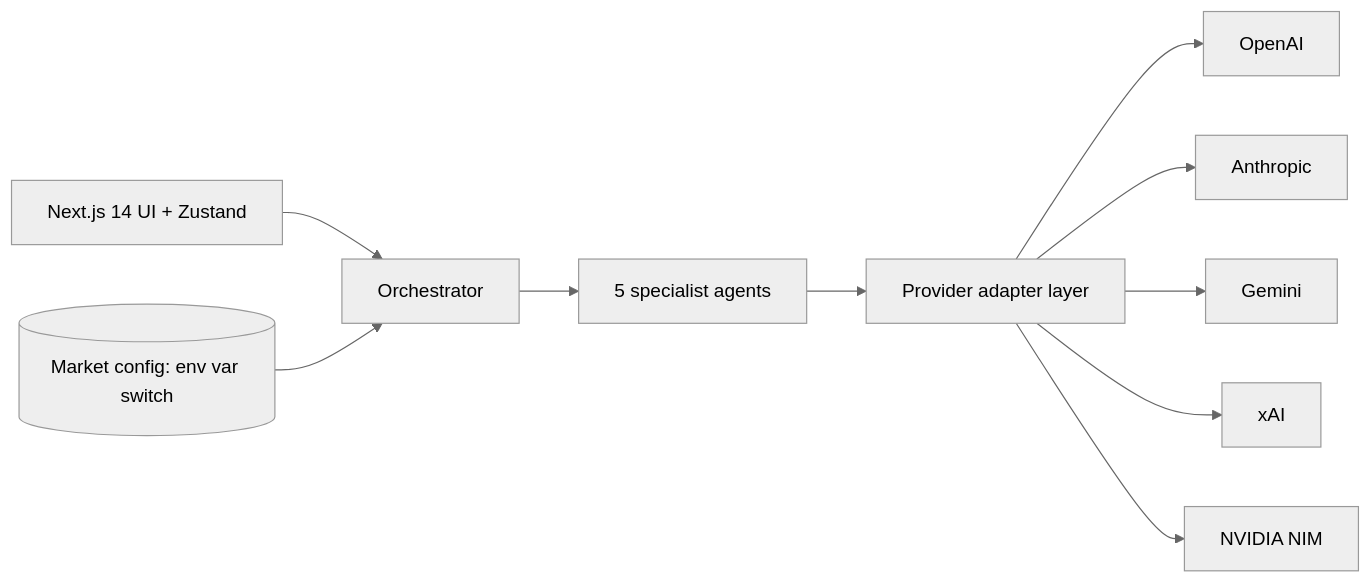
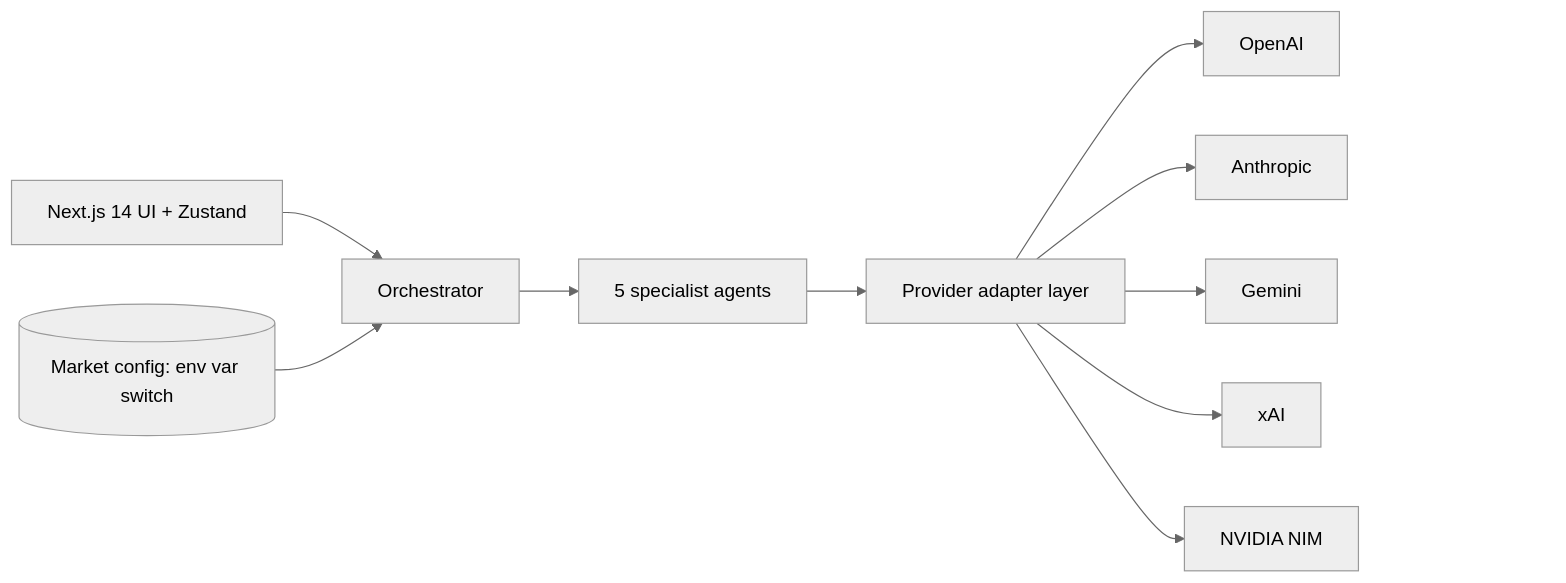
One commit to a-nayem/a-nayem changed the first of 2 diagrams in README.md. Above: the diagram before and after it, drawn with Mermaid (neutral theme). The commit also changed other lines of this file, not shown here.

Commit message:
Update README with new SP elements and footer image

````diff
--- a/README.md
+++ b/README.md
@@ -163,12 +163,19 @@
 ```mermaid
 flowchart LR
     UI["Next.js 14 UI + Zustand"] --> ORC["Orchestrator"]
     CFG[("Market config: env var switch")] --> ORC
     ORC --> AGT["5 specialist agents"]
     AGT --> ADP["Provider adapter layer"]
     ADP --> P1["OpenAI"]
     ADP --> P2["Anthropic"]
     ADP --> P3["Gemini"]
     ADP --> P4["xAI"]
     ADP --> P5["NVIDIA NIM"]
+    SP["#160;#160;#160;#160;#160;#160;#160;#160;#160;#160;#160;#160;"]
+    P1 ~~~ SP
+    P2 ~~~ SP
+    P3 ~~~ SP
+    P4 ~~~ SP
+    P5 ~~~ SP
+    style SP fill:none,stroke:none
 ```
````
